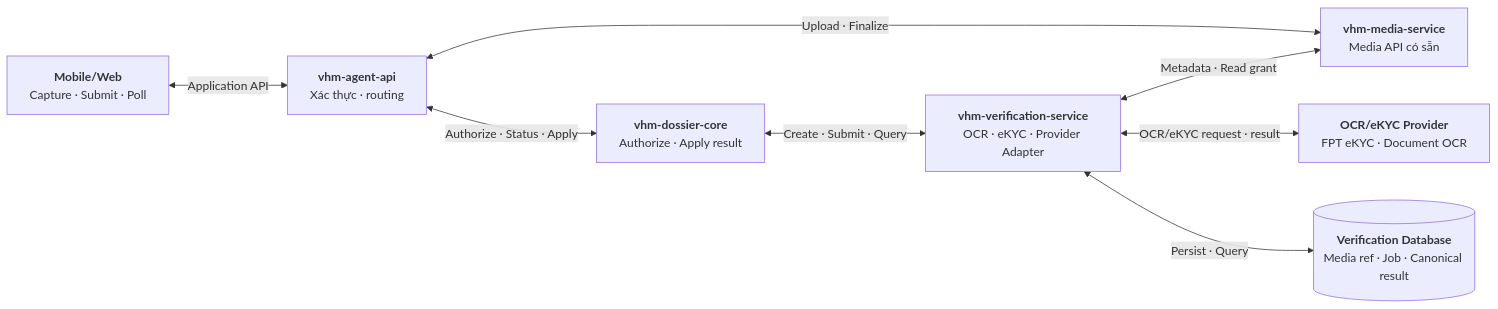
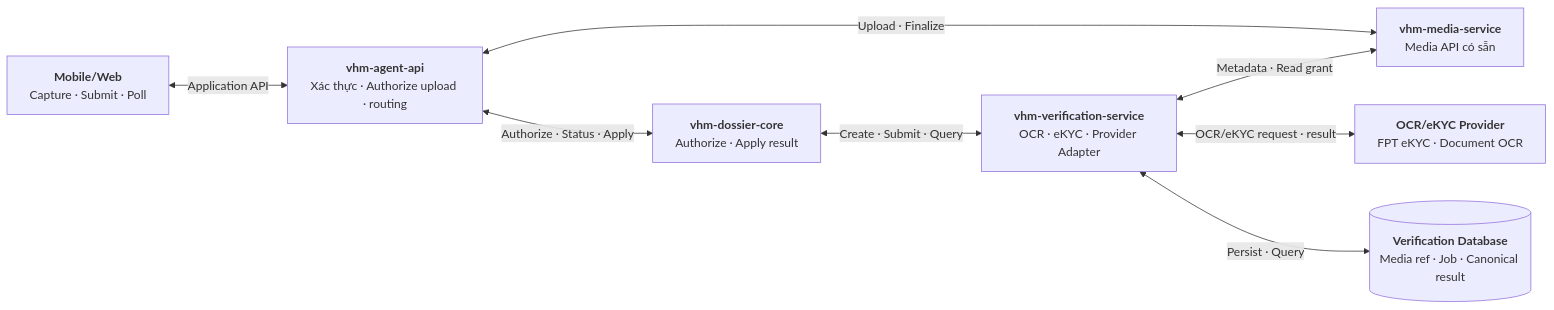
Before and after one commit to huynv-xyz/vhm: the first of 7 diagrams in noxh.md, drawn with Mermaid. The commit also changed other lines of this file, not shown here.

````diff
--- a/noxh.md
+++ b/noxh.md
@@ -75,25 +75,25 @@
 ```mermaid
 flowchart LR
     CLIENT["`**Mobile/Web**
 Capture · Submit · Poll`"]
     BFF["`**vhm-agent-api**
-Xác thực · routing`"]
+Xác thực · Authorize upload · routing`"]
     DOSSIER["`**vhm-dossier-core**
 Authorize · Apply result`"]
     MEDIA_SERVICE["`**vhm-media-service**
 Media API có sẵn`"]
     VERIFY["`**vhm-verification-service**
 OCR · eKYC · Provider Adapter`"]
     PROVIDER["`**OCR/eKYC Provider**
 FPT eKYC · Document OCR`"]
     DB[("`**Verification Database**
 Media ref · Job · Canonical result`")]
 
     CLIENT <-->|"Application API"| BFF
     BFF <-->|"Authorize · Status · Apply"| DOSSIER
     BFF <-->|"Upload · Finalize"| MEDIA_SERVICE
     DOSSIER <-->|"Create · Submit · Query"| VERIFY
     VERIFY <-->|"Metadata · Read grant"| MEDIA_SERVICE
     VERIFY <-->|"OCR/eKYC request · result"| PROVIDER
     VERIFY <-->|"Persist · Query"| DB
 ```
````
